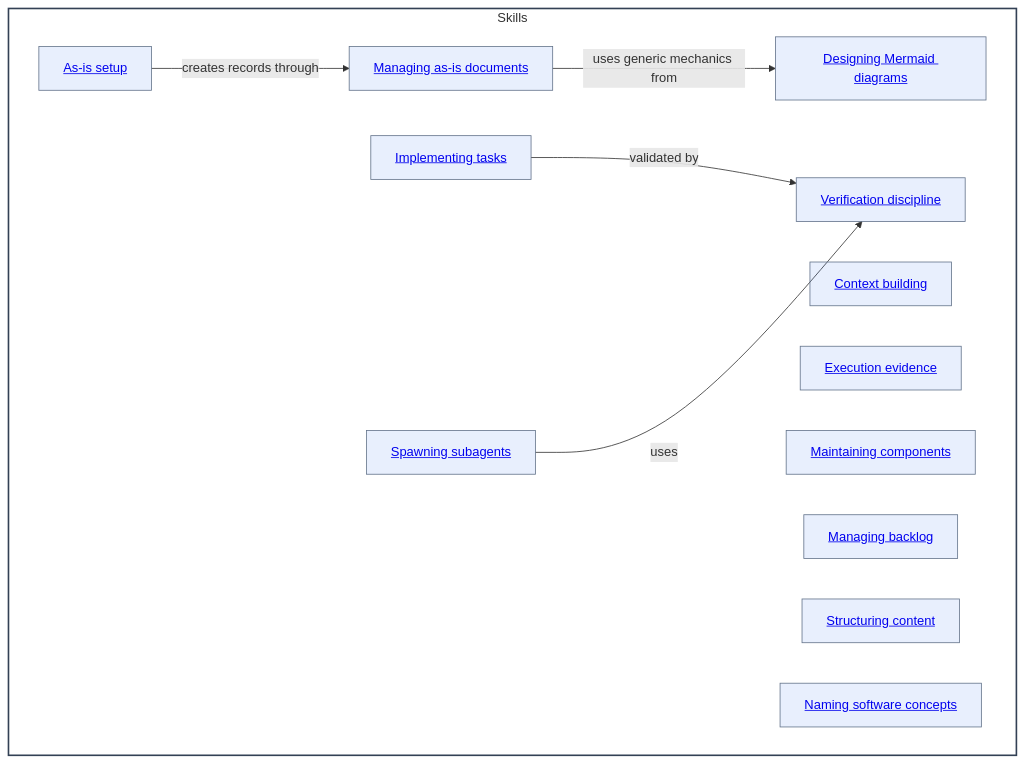
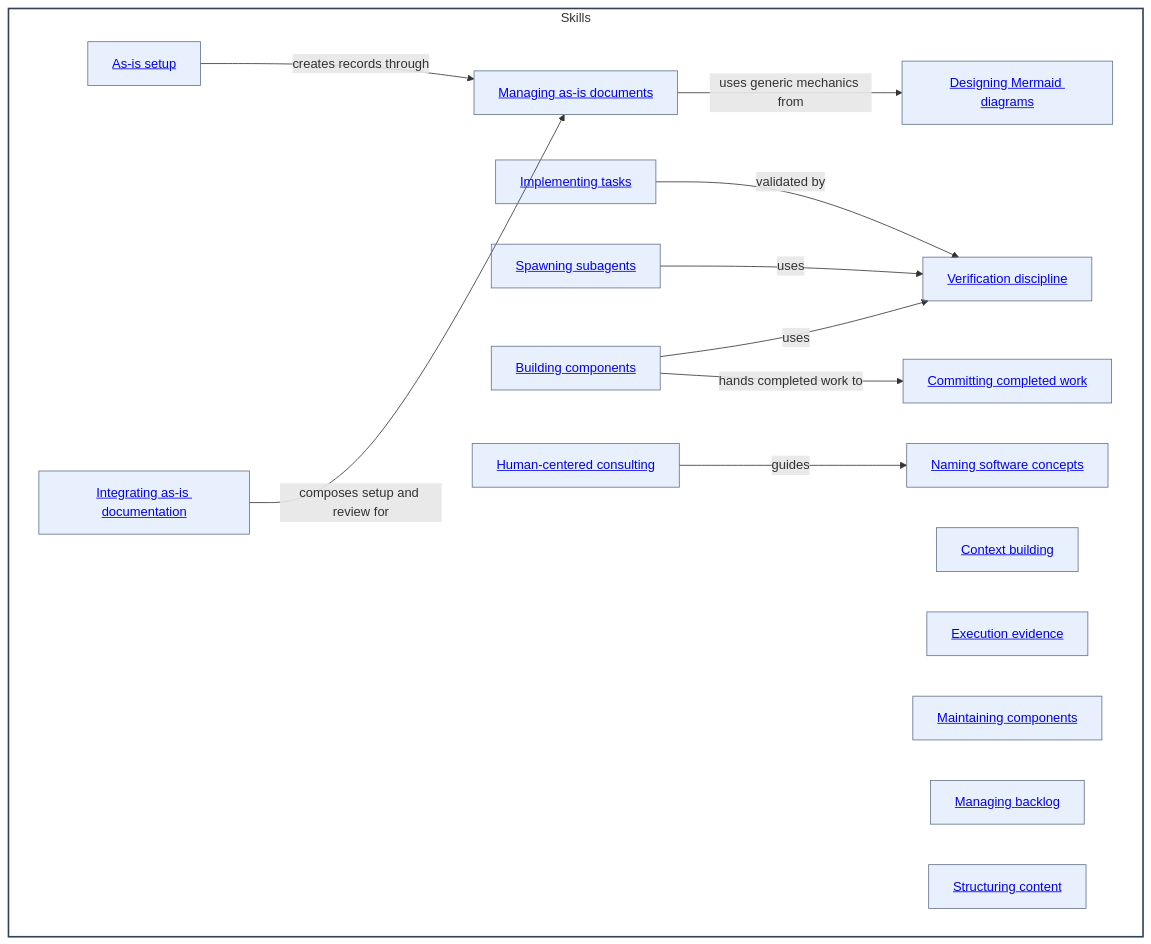
Before and after one commit to abstract-business-systems/as-is: the diagram in skills/as-is.md, drawn with Mermaid. The commit also changed other lines of this file and 25 other files, not shown here.

Commit message:
docs(as-is): integrate component documentation

````diff
--- a/skills/as-is.md
+++ b/skills/as-is.md
@@ -55,29 +59,37 @@
 ```mermaid
 %%{init: {"securityLevel": "loose"}}%%
 flowchart LR
     subgraph Skills["Skills"]
         direction LR
         Setup["<a href='./as-is-setup/as-is.md#design'>As-is setup</a>"]
+        Integrate["<a href='./integrate-as-is-documentation/as-is.md#design'>Integrating as-is documentation</a>"]
         ManagingAsIs["<a href='./managing-as-is-document/as-is.md#design'>Managing as-is documents</a>"]
         ContextBuilding["<a href='./context-building/as-is.md#design'>Context building</a>"]
         ExecutionEvidence["<a href='./exploring-execution-evidence/as-is.md#design'>Execution evidence</a>"]
         MermaidDesign["<a href='./designing-mermaid-diagrams/as-is.md#design'>Designing Mermaid diagrams</a>"]
         ImplementingTasks["<a href='./implementing-component-tasks/as-is.md#design'>Implementing tasks</a>"]
         MaintainingComponents["<a href='./maintaining-components/as-is.md#design'>Maintaining components</a>"]
         ManagingBacklog["<a href='./managing-backlog/as-is.md#design'>Managing backlog</a>"]
         SpawningSubagents["<a href='./spawning-pi-subagents/as-is.md#design'>Spawning subagents</a>"]
         StructuringContent["<a href='./structuring-content/as-is.md#design'>Structuring content</a>"]
         Verification["<a href='./verification-discipline/as-is.md#design'>Verification discipline</a>"]
         Naming["<a href='./naming-software-concepts/as-is.md#design'>Naming software concepts</a>"]
+        Building["<a href='./building-components/as-is.md#design'>Building components</a>"]
+        Committing["<a href='./committing-completed-work/as-is.md#design'>Committing completed work</a>"]
+        Consulting["<a href='./human-centered-consulting/as-is.md#design'>Human-centered consulting</a>"]
 
         Setup -->|creates records through| ManagingAsIs
+        Integrate -->|composes setup and review for| ManagingAsIs
         ManagingAsIs -->|uses generic mechanics from| MermaidDesign
         ImplementingTasks -->|validated by| Verification
         SpawningSubagents -->|uses| Verification
+        Building -->|uses| Verification
+        Building -->|hands completed work to| Committing
+        Consulting -->|guides| Naming
 
     end
     classDef component fill:#f8fafc,fill-opacity:0.1,stroke:#334155,stroke-width:2px
     classDef child fill:#2563eb,fill-opacity:0.1,stroke:#64748b,stroke-width:1px
     class Skills component
-    class Setup,ManagingAsIs,ContextBuilding,ExecutionEvidence,MermaidDesign,ImplementingTasks,MaintainingComponents,ManagingBacklog,SpawningSubagents,StructuringContent,Verification,Naming child
+    class Setup,Integrate,ManagingAsIs,ContextBuilding,ExecutionEvidence,MermaidDesign,ImplementingTasks,MaintainingComponents,ManagingBacklog,SpawningSubagents,StructuringContent,Verification,Naming,Building,Committing,Consulting child
 ```
````
